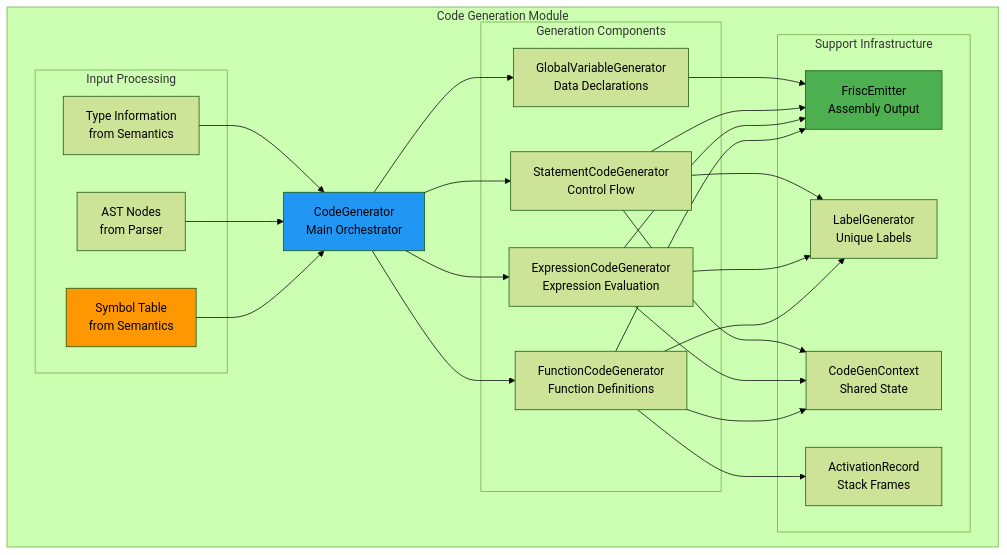
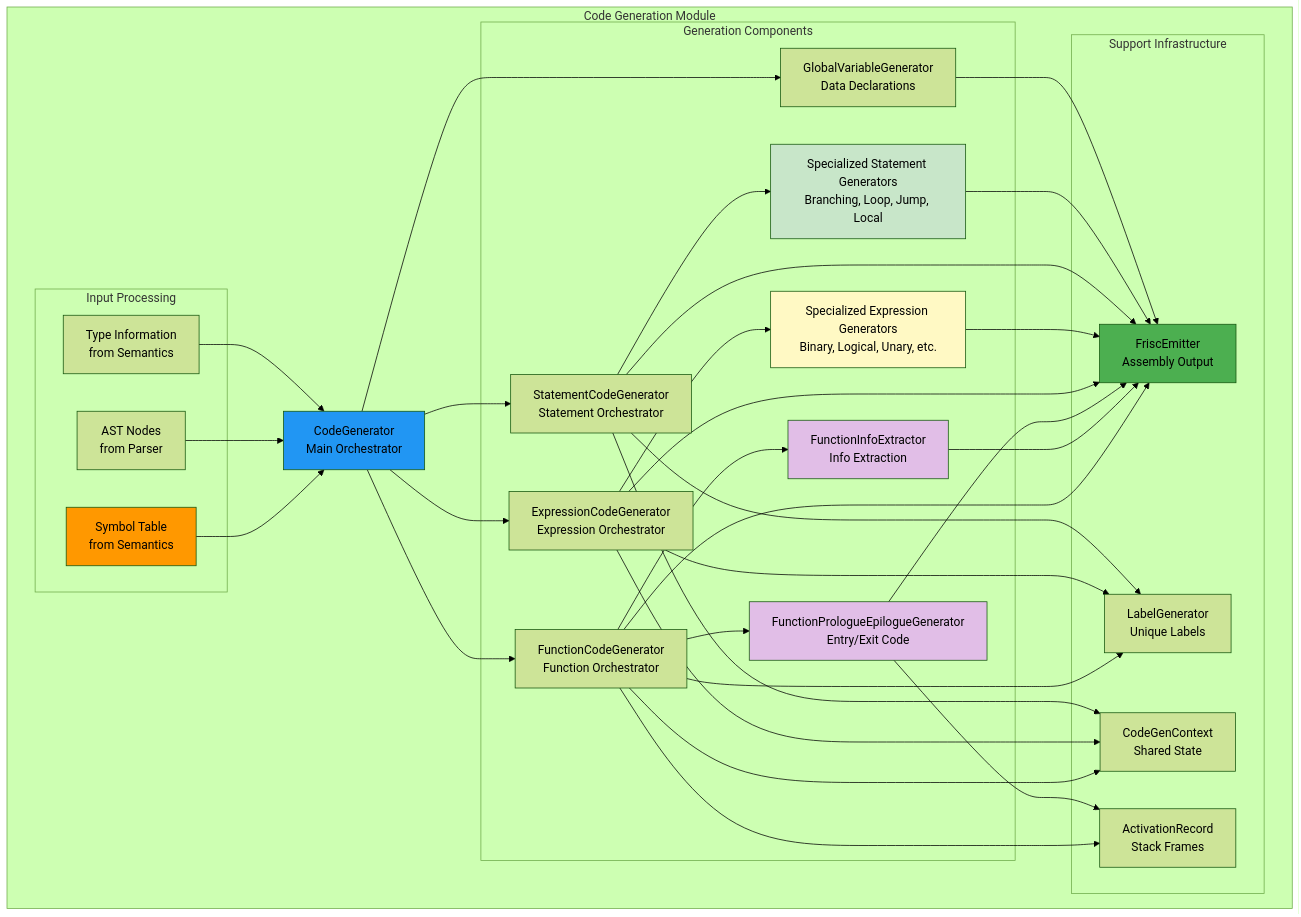
One commit to KarloKnezevic/ccompiler changed the second of 3 diagrams in docs/code_generation_overview.md. Above: the diagram before and after it, drawn with Mermaid (forest theme). The commit also changed other lines of this file and 29 other files, not shown here.

````diff
--- a/docs/code_generation_overview.md
+++ b/docs/code_generation_overview.md
@@ -141,54 +141,72 @@
 ```mermaid
 graph TB
     subgraph "Code Generation Module"
         A[CodeGenerator<br/>Main Orchestrator]
         
         subgraph "Generation Components"
-            B[FunctionCodeGenerator<br/>Function Definitions]
-            C[ExpressionCodeGenerator<br/>Expression Evaluation]
-            D[StatementCodeGenerator<br/>Control Flow]
+            B[FunctionCodeGenerator<br/>Function Orchestrator]
+            B1[FunctionInfoExtractor<br/>Info Extraction]
+            B2[FunctionPrologueEpilogueGenerator<br/>Entry/Exit Code]
+            C[ExpressionCodeGenerator<br/>Expression Orchestrator]
+            C1[Specialized Expression Generators<br/>Binary, Logical, Unary, etc.]
+            D[StatementCodeGenerator<br/>Statement Orchestrator]
+            D1[Specialized Statement Generators<br/>Branching, Loop, Jump, Local]
             E[GlobalVariableGenerator<br/>Data Declarations]
         end
         
         subgraph "Support Infrastructure"
             F[FriscEmitter<br/>Assembly Output]
             G[LabelGenerator<br/>Unique Labels]
             H[CodeGenContext<br/>Shared State]
             I[ActivationRecord<br/>Stack Frames]
         end
         
         subgraph "Input Processing"
             J[Symbol Table<br/>from Semantics]
             K[AST Nodes<br/>from Parser]
             L[Type Information<br/>from Semantics]
         end
     end
     
     A --> B
     A --> C
     A --> D
     A --> E
     
+    B --> B1
+    B --> B2
+    C --> C1
+    D --> D1
+    
     B --> F
+    B1 --> F
+    B2 --> F
     C --> F
+    C1 --> F
     D --> F
+    D1 --> F
     E --> F
     
     B --> G
     C --> G
     D --> G
     
     B --> H
     C --> H
     D --> H
     
     B --> I
+    B2 --> I
     
     J --> A
     K --> A
     L --> A
     
     style A fill:#2196f3
     style F fill:#4caf50
     style J fill:#ff9800
+    style B1 fill:#e1bee7
+    style B2 fill:#e1bee7
+    style C1 fill:#fff9c4
+    style D1 fill:#c8e6c9
 ```
````
